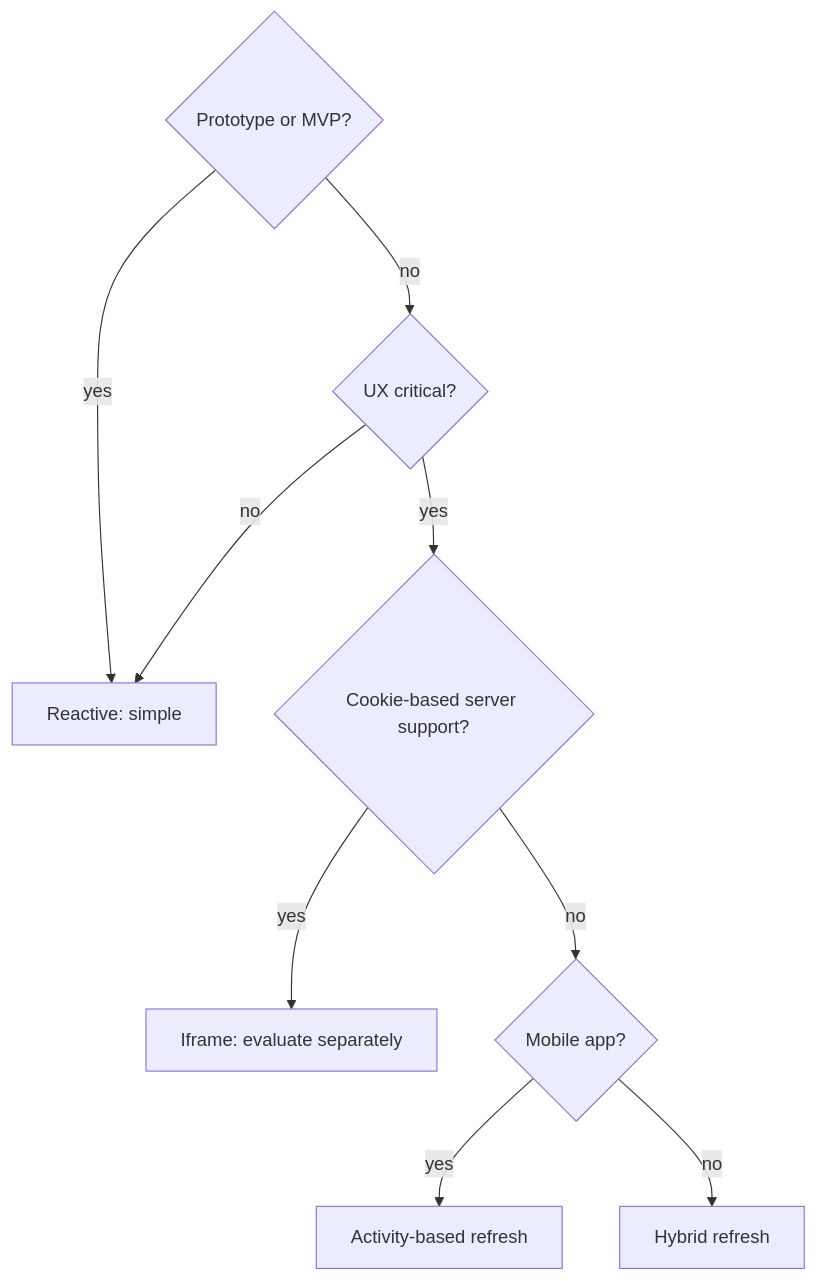
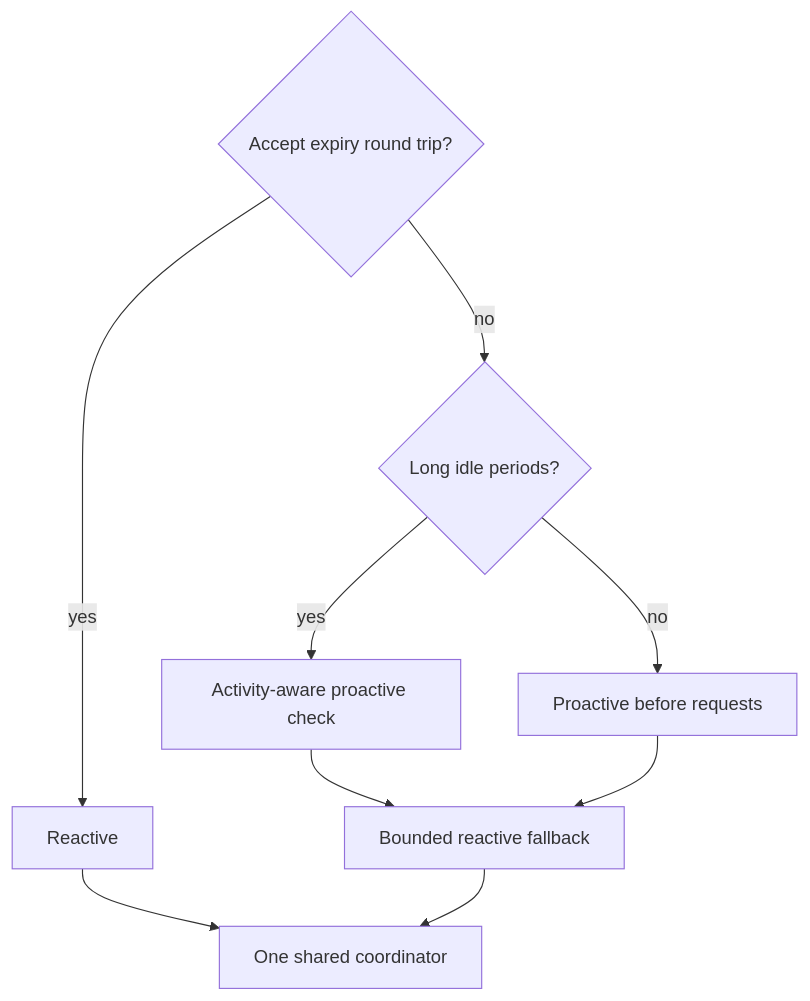
One commit to mhasabalah/StarterKit changed the fifth of 5 diagrams in wiki/Identity/jwt/TokenRefreshStrategies.md. Above: the diagram before and after it, drawn with Mermaid. The commit also changed other lines of this file and 7 other files, not shown here.

````diff
--- a/wiki/Identity/jwt/TokenRefreshStrategies.md
+++ b/wiki/Identity/jwt/TokenRefreshStrategies.md
@@ -1128,11 +117,11 @@
 ```mermaid
 flowchart TB
-  P{Prototype or MVP?} -->|yes| R[Reactive: simple]
-  P -->|no| U{UX critical?}
-  U -->|no| R
-  U -->|yes| C{Cookie-based server support?}
-  C -->|yes| I[Iframe: evaluate separately]
-  C -->|no| M{Mobile app?}
-  M -->|yes| A[Activity-based refresh]
-  M -->|no| H[Hybrid refresh]
+  P{Accept expiry round trip?} -->|yes| R[Reactive]
+  P -->|no| U{Long idle periods?}
+  U -->|yes| A[Activity-aware proactive check]
+  U -->|no| H[Proactive before requests]
+  A --> F[Bounded reactive fallback]
+  H --> F
+  R --> C[One shared coordinator]
+  F --> C
 ```
````
